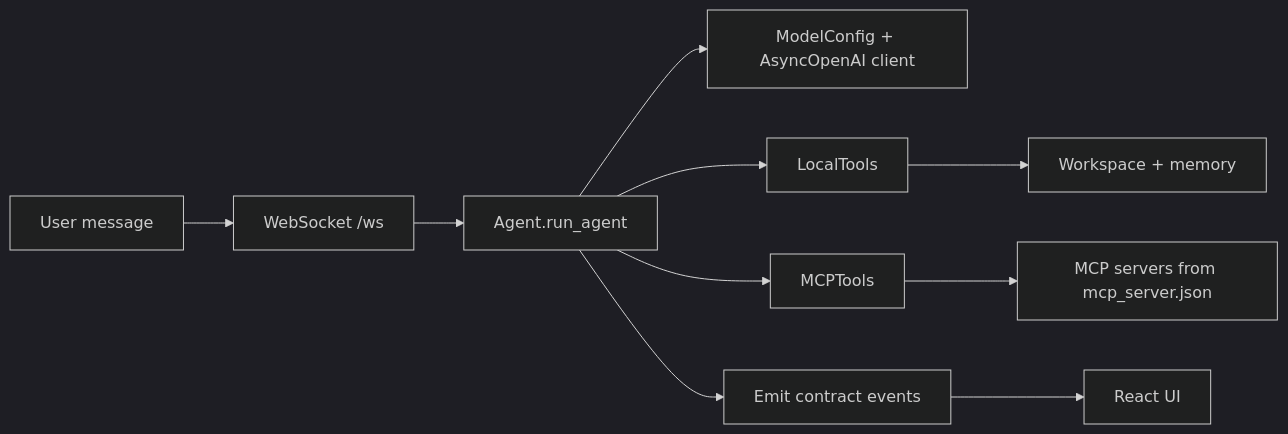
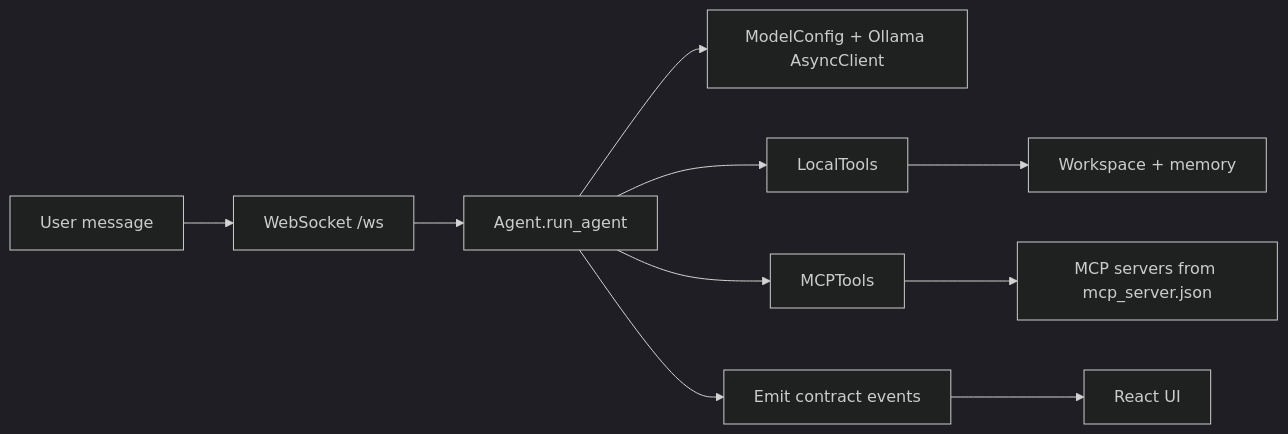
The diagram in docs/Architecture/Harness.md (LS-Stray-Synapses/Axol), drawn with Mermaid (dark theme) before and after one commit. The commit also changed other lines of this file and 13 other files, not shown here.

Commit message:
- Chagned OpenAI to Ollama library - Added streaming for thinking, text, tool_call, tool_result, etc. - Updated documentations

````diff
--- a/docs/Architecture/Harness.md
+++ b/docs/Architecture/Harness.md
@@ -22,12 +22,12 @@
 ```mermaid
 flowchart LR
     U[User message] --> S[WebSocket /ws]
     S --> A[Agent.run_agent]
-    A --> M[ModelConfig + AsyncOpenAI client]
+    A --> M[ModelConfig + Ollama AsyncClient]
     A --> LT[LocalTools]
     A --> MT[MCPTools]
     LT --> WS[Workspace + memory]
     MT --> MCP[MCP servers from mcp_server.json]
     A --> E[Emit contract events]
     E --> UI[React UI]
 ```
````
